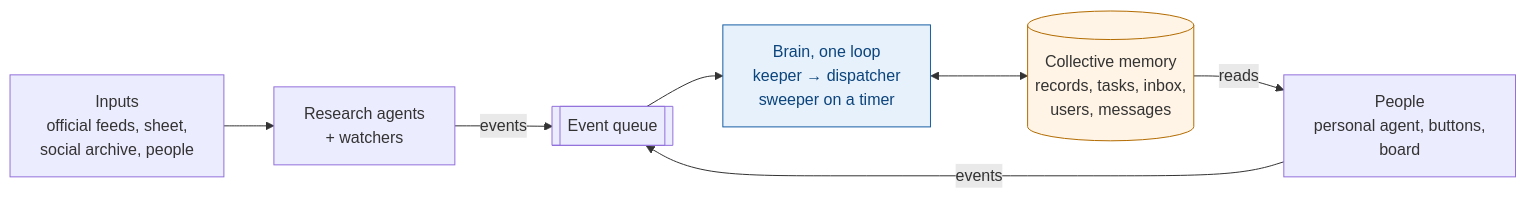
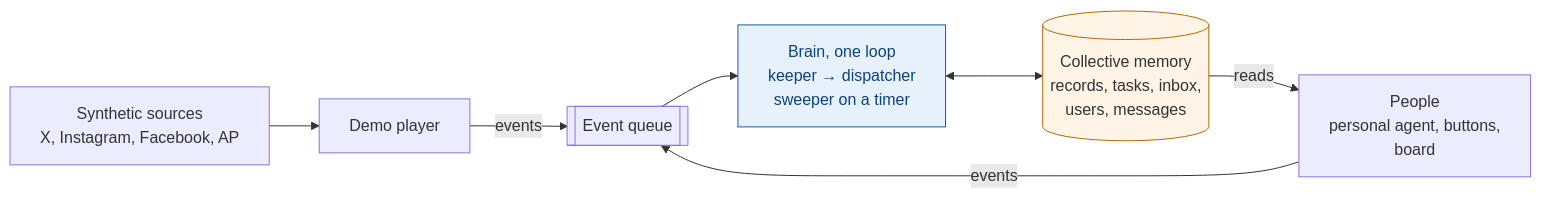
The diagram in docs/SYSTEM_DESIGN.md (Danvu772/DisasterDeck), drawn with Mermaid before and after one commit. The commit also changed other lines of this file and 4 other files, not shown here.

First line of the commit message:
design: D-0017 inputs rebuilt from scratch on synthetic sources (#48)

````diff
--- a/docs/SYSTEM_DESIGN.md
+++ b/docs/SYSTEM_DESIGN.md
@@ -20,11 +20,11 @@
 ```mermaid
 flowchart LR
-    IN["Inputs<br/>official feeds, sheet,<br/>social archive, people"] --> RES["Research agents<br/>+ watchers"]
+    IN["Synthetic sources<br/>X, Instagram, Facebook, AP"] --> RES["Demo player"]
     RES -- events --> Q[["Event queue"]]
     PEOPLE["People<br/>personal agent, buttons,<br/>board"] -- events --> Q
     Q --> BRAIN["Brain, one loop<br/>keeper → dispatcher<br/>sweeper on a timer"]
     BRAIN <--> MEM[("Collective memory<br/>records, tasks, inbox,<br/>users, messages")]
     MEM -- reads --> PEOPLE
     style BRAIN fill:#E6F1FB,stroke:#185FA5,color:#0C447C
     style MEM fill:#FFF4E5,stroke:#B26B00
 ```
````
